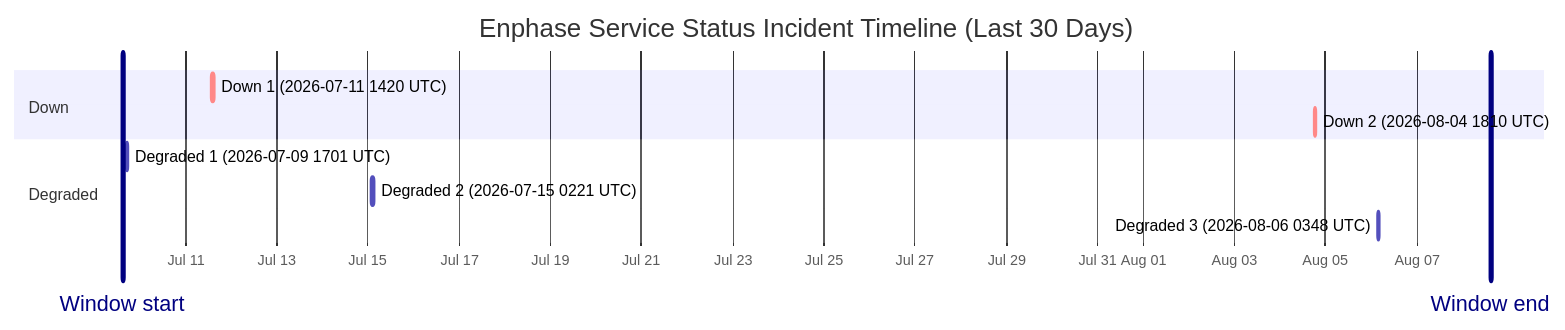
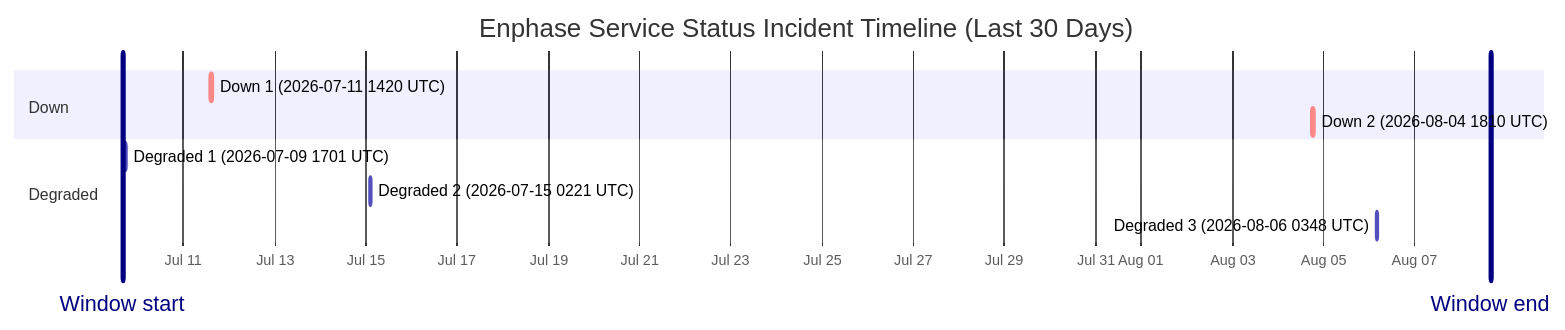
The diagram in wiki/Service-Status-History.md (barneyonline/ha-enphase-energy), drawn with Mermaid before and after one commit. The commit also changed other lines of this file and 3 other files, not shown here.

````diff
--- a/wiki/Service-Status-History.md
+++ b/wiki/Service-Status-History.md
@@ -14,15 +14,15 @@
 ```mermaid
 gantt
     title Enphase Service Status Incident Timeline (Last 30 Days)
     dateFormat  YYYY-MM-DDTHH:mm:ss
     axisFormat  %b %d
-    Window start :vert, window-start, 2026-07-09T15:00:24, 0ms
-    Window end :vert, window-end, 2026-08-08T15:00:24, 0ms
+    Window start :vert, window-start, 2026-07-09T15:55:52, 0ms
+    Window end :vert, window-end, 2026-08-08T15:55:52, 0ms
     section Down
     Down 1 (2026-07-11 1420 UTC) :crit, down-1, 2026-07-11T14:20:54, 69m
     Down 2 (2026-08-04 1810 UTC) :crit, down-2, 2026-08-04T18:10:46, 60m
     section Degraded
     Degraded 1 (2026-07-09 1701 UTC) :active, degraded-1, 2026-07-09T17:01:02, 60m
     Degraded 2 (2026-07-15 0221 UTC) :active, degraded-2, 2026-07-15T02:21:35, 60m
     Degraded 3 (2026-08-06 0348 UTC) :active, degraded-3, 2026-08-06T03:48:14, 60m
 ```
````
